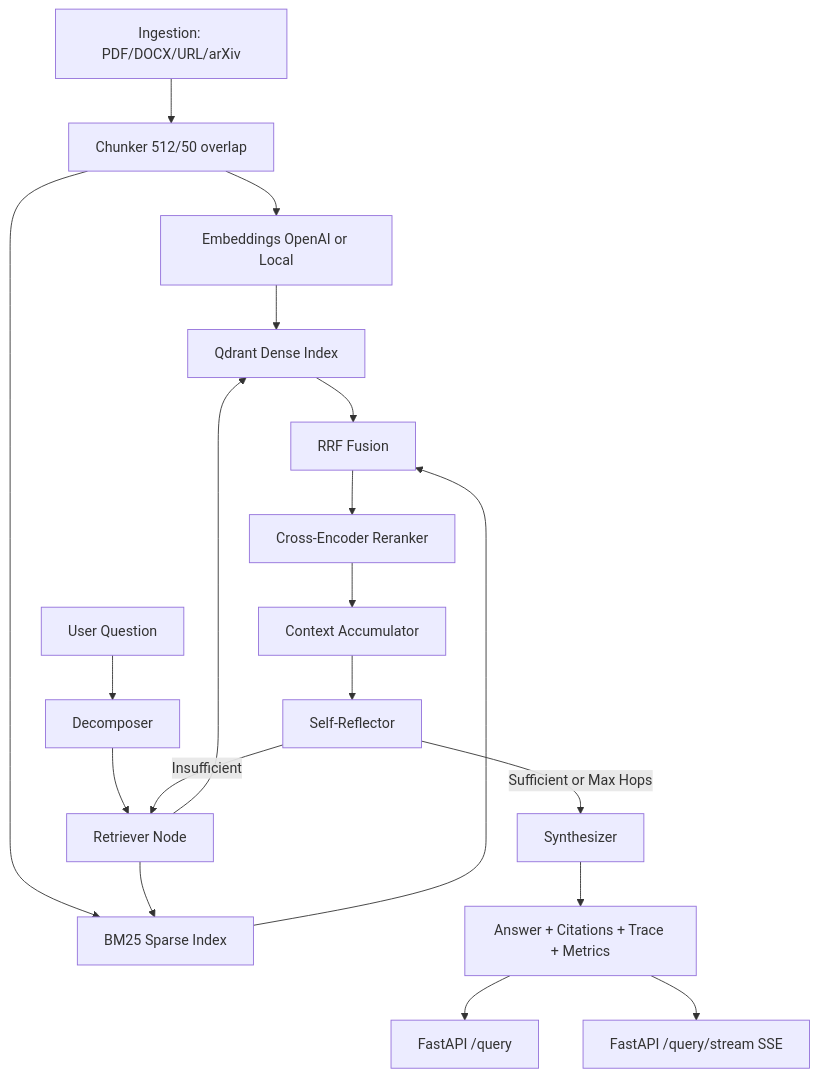
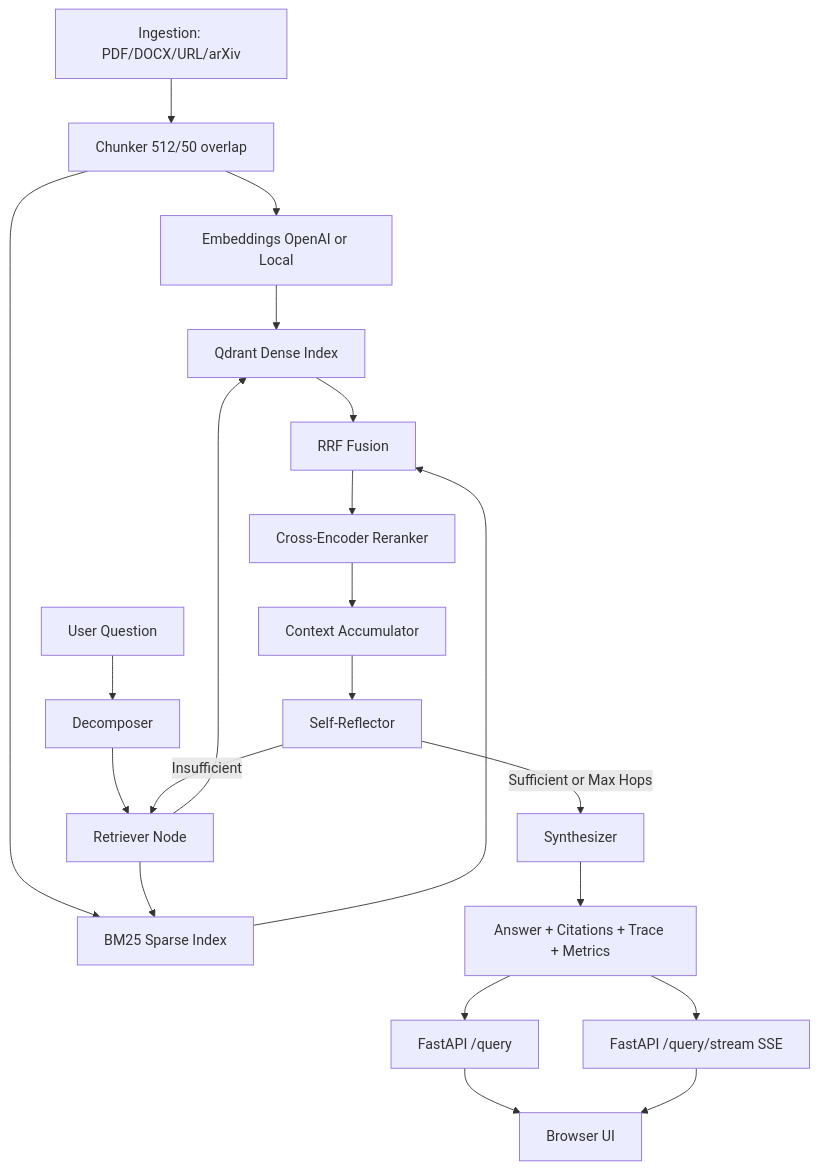
One commit to sarafeizyab/researchgraph-rag changed the diagram in README.md. Above: the diagram before and after it, drawn with Mermaid. The commit also changed other lines of this file and 11 other files, not shown here.

````diff
--- a/README.md
+++ b/README.md
@@ -26,23 +32,25 @@
 ```mermaid
 flowchart TD
     A[Ingestion: PDF/DOCX/URL/arXiv] --> B[Chunker 512/50 overlap]
     B --> C[Embeddings OpenAI or Local]
     C --> D[Qdrant Dense Index]
     B --> E[BM25 Sparse Index]
 
     Q[User Question] --> G[Decomposer]
     G --> H[Retriever Node]
     H --> D
     H --> E
     D --> I[RRF Fusion]
     E --> I
     I --> J[Cross-Encoder Reranker]
     J --> K[Context Accumulator]
     K --> L[Self-Reflector]
     L -->|Insufficient| H
     L -->|Sufficient or Max Hops| M[Synthesizer]
     M --> N[Answer + Citations + Trace + Metrics]
 
     N --> O[FastAPI /query]
     N --> P[FastAPI /query/stream SSE]
+    O --> R[Browser UI]
+    P --> R
 ```
````
